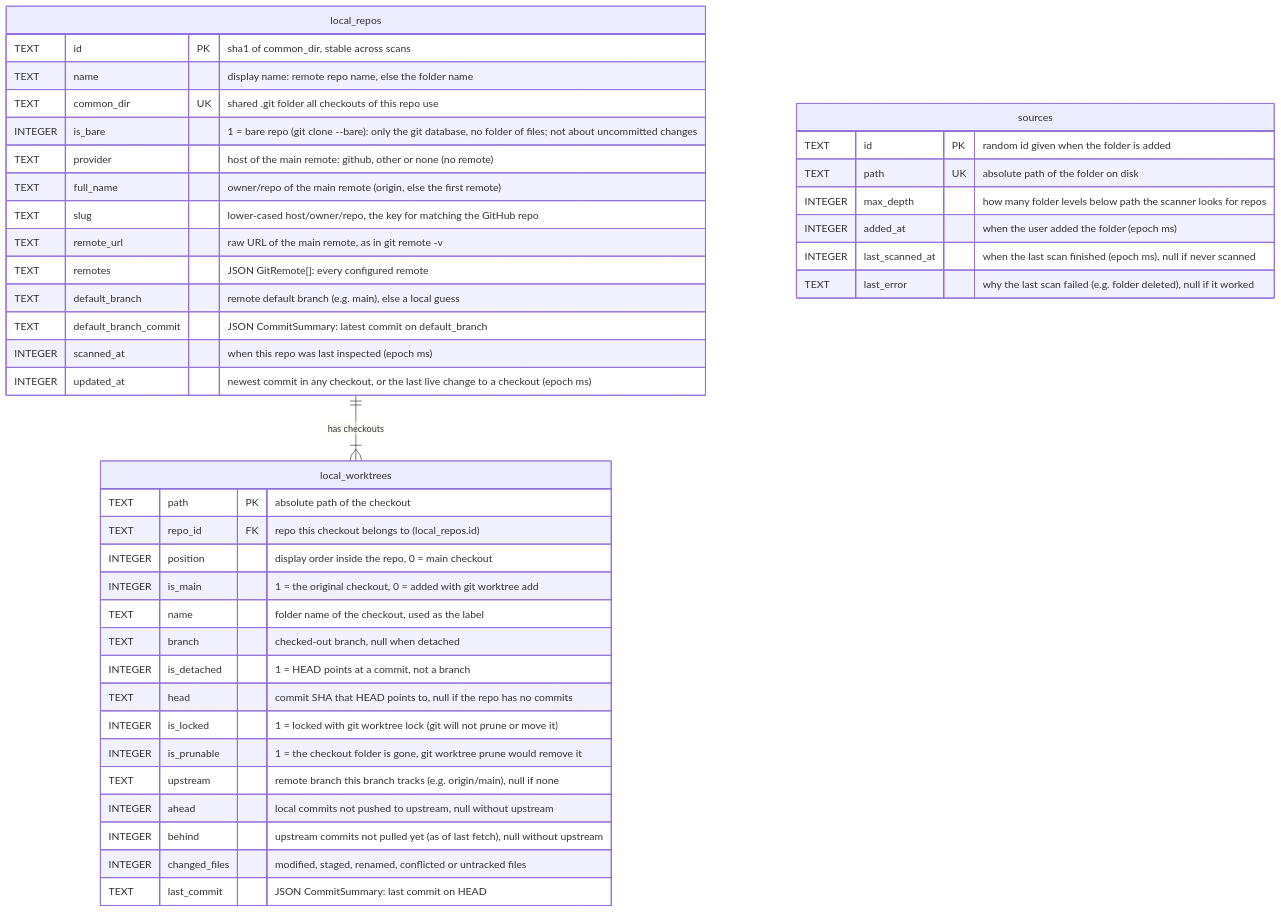
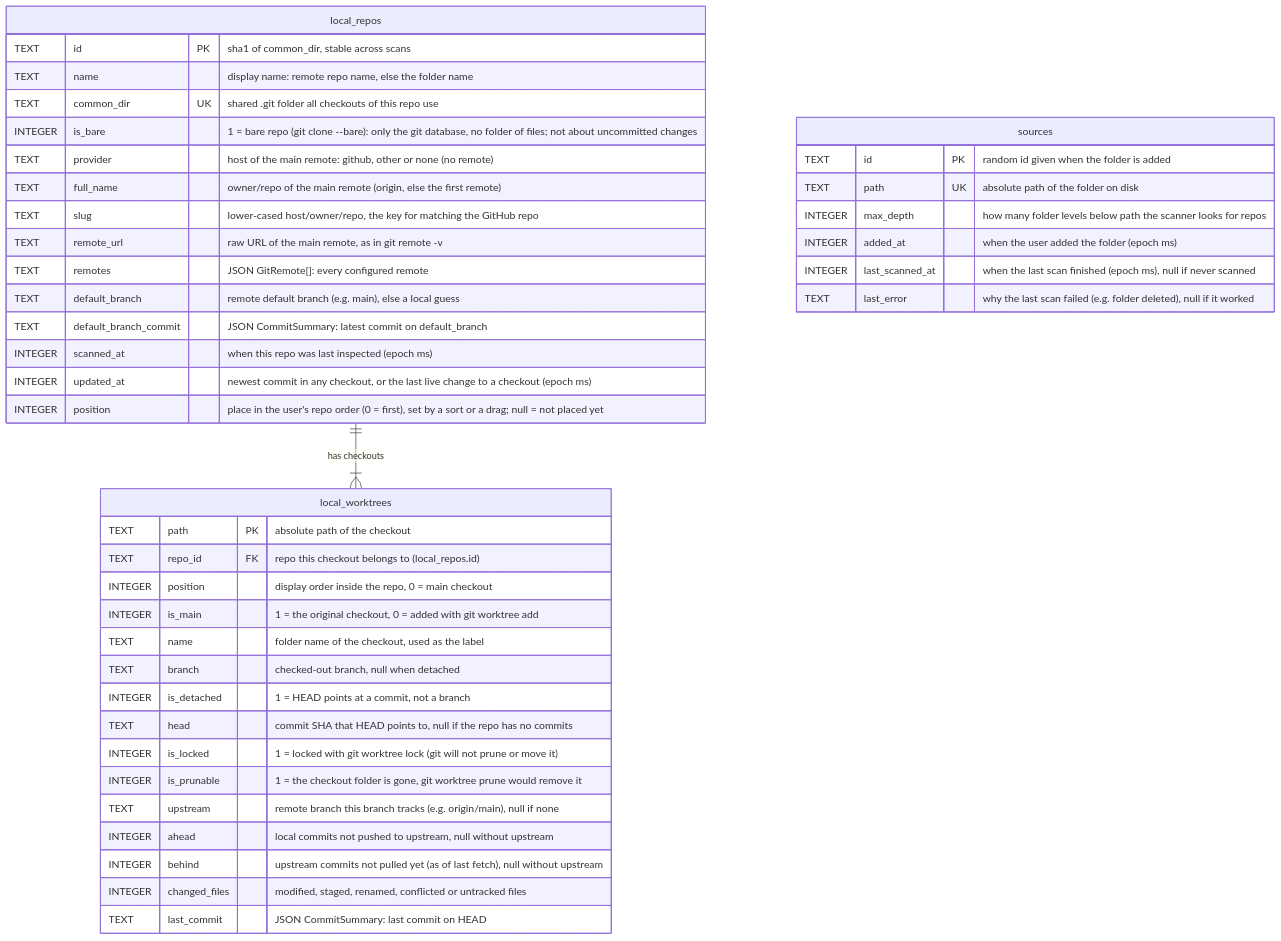
The first of 3 diagrams in src/main/local-repos/db/tables/README.md (idotalmor/the-garage-desktop-rn), drawn with Mermaid before and after one commit. The commit also changed other lines of this file and 15 other files, not shown here.

Commit message:
Drag repos to reorder; save the order in local_repos.position

````diff
--- a/src/main/local-repos/db/tables/README.md
+++ b/src/main/local-repos/db/tables/README.md
@@ -37,45 +37,46 @@
 ```mermaid
 erDiagram
   local_repos ||--|{ local_worktrees : "has checkouts"
 
   sources {
     TEXT id PK "random id given when the folder is added"
     TEXT path UK "absolute path of the folder on disk"
     INTEGER max_depth "how many folder levels below path the scanner looks for repos"
     INTEGER added_at "when the user added the folder (epoch ms)"
     INTEGER last_scanned_at "when the last scan finished (epoch ms), null if never scanned"
     TEXT last_error "why the last scan failed (e.g. folder deleted), null if it worked"
   }
   local_repos {
     TEXT id PK "sha1 of common_dir, stable across scans"
     TEXT name "display name: remote repo name, else the folder name"
     TEXT common_dir UK "shared .git folder all checkouts of this repo use"
     INTEGER is_bare "1 = bare repo (git clone --bare): only the git database, no folder of files; not about uncommitted changes"
     TEXT provider "host of the main remote: github, other or none (no remote)"
     TEXT full_name "owner/repo of the main remote (origin, else the first remote)"
     TEXT slug "lower-cased host/owner/repo, the key for matching the GitHub repo"
     TEXT remote_url "raw URL of the main remote, as in git remote -v"
     TEXT remotes "JSON GitRemote[]: every configured remote"
     TEXT default_branch "remote default branch (e.g. main), else a local guess"
     TEXT default_branch_commit "JSON CommitSummary: latest commit on default_branch"
     INTEGER scanned_at "when this repo was last inspected (epoch ms)"
     INTEGER updated_at "newest commit in any checkout, or the last live change to a checkout (epoch ms)"
+    INTEGER position "place in the user's repo order (0 = first), set by a sort or a drag; null = not placed yet"
   }
   local_worktrees {
     TEXT path PK "absolute path of the checkout"
     TEXT repo_id FK "repo this checkout belongs to (local_repos.id)"
     INTEGER position "display order inside the repo, 0 = main checkout"
     INTEGER is_main "1 = the original checkout, 0 = added with git worktree add"
     TEXT name "folder name of the checkout, used as the label"
     TEXT branch "checked-out branch, null when detached"
     INTEGER is_detached "1 = HEAD points at a commit, not a branch"
     TEXT head "commit SHA that HEAD points to, null if the repo has no commits"
     INTEGER is_locked "1 = locked with git worktree lock (git will not prune or move it)"
     INTEGER is_prunable "1 = the checkout folder is gone, git worktree prune would remove it"
     TEXT upstream "remote branch this branch tracks (e.g. origin/main), null if none"
     INTEGER ahead "local commits not pushed to upstream, null without upstream"
     INTEGER behind "upstream commits not pulled yet (as of last fetch), null without upstream"
     INTEGER changed_files "modified, staged, renamed, conflicted or untracked files"
     TEXT last_commit "JSON CommitSummary: last commit on HEAD"
   }
 ```
````
